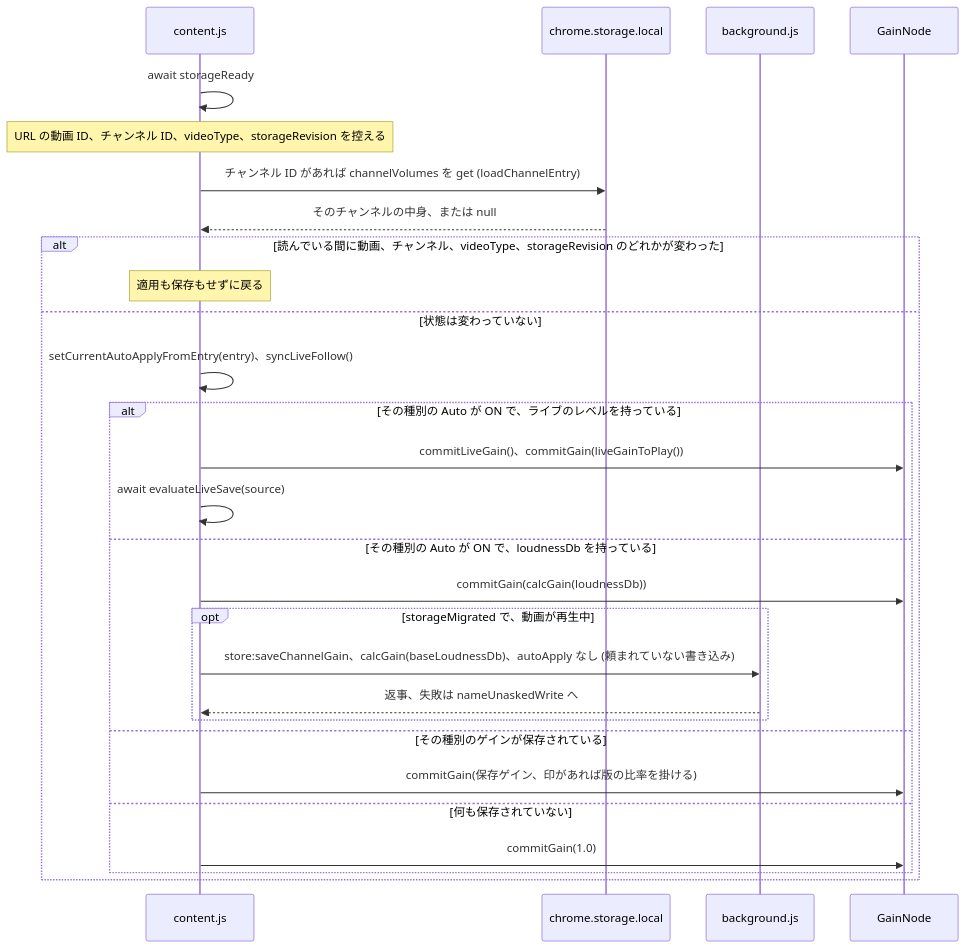
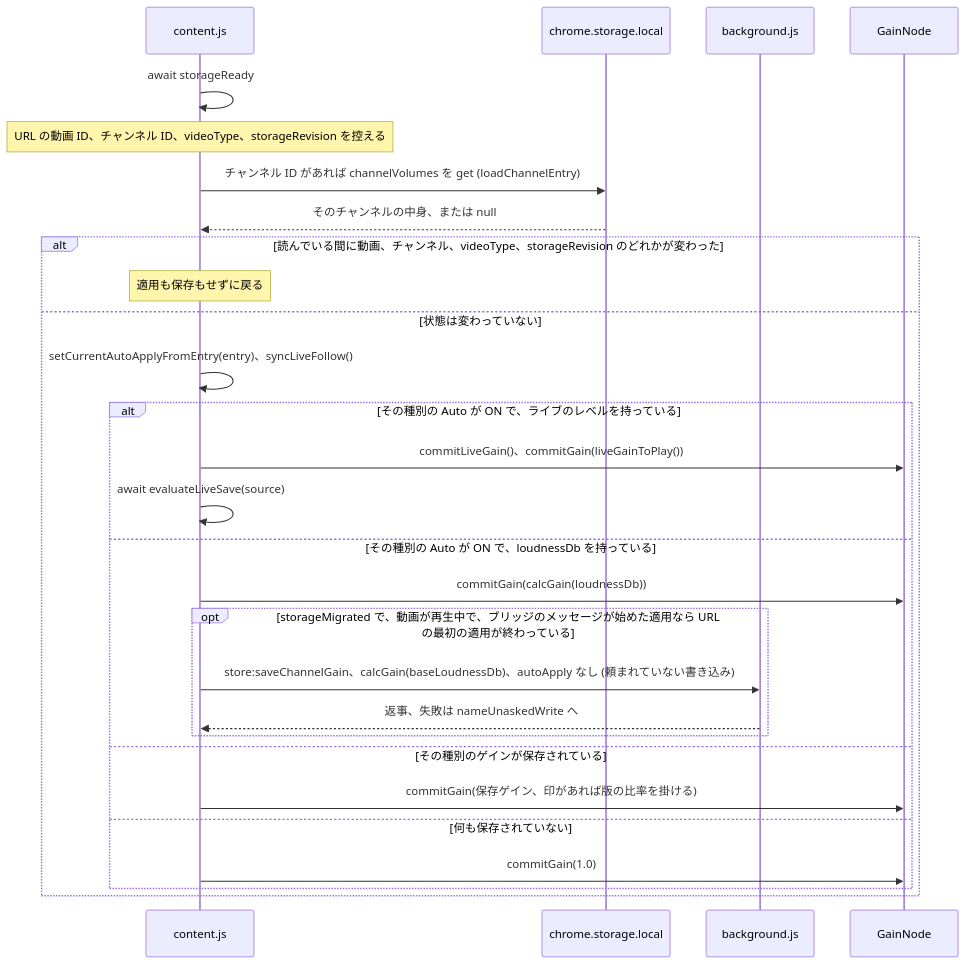
Before and after one commit to semnil/yt-channel-volume: the second of 14 diagrams in docs/gain-change-and-save.ja.md, drawn with Mermaid. The commit also changed other lines of this file and 6 other files, not shown here.

````diff
--- a/docs/gain-change-and-save.ja.md
+++ b/docs/gain-change-and-save.ja.md
@@ -120,30 +120,30 @@
 ```mermaid
 sequenceDiagram
   participant C as content.js
   participant S as chrome.storage.local
   participant W as background.js
   participant G as GainNode
   C->>C: await storageReady
   Note over C: URL の動画 ID、チャンネル ID、videoType、storageRevision を控える
   C->>S: チャンネル ID があれば channelVolumes を get (loadChannelEntry)
   S-->>C: そのチャンネルの中身、または null
   alt 読んでいる間に動画、チャンネル、videoType、storageRevision のどれかが変わった
     Note over C: 適用も保存もせずに戻る
   else 状態は変わっていない
     C->>C: setCurrentAutoApplyFromEntry(entry)、syncLiveFollow()
     alt その種別の Auto が ON で、ライブのレベルを持っている
       C->>G: commitLiveGain()、commitGain(liveGainToPlay())
       C->>C: await evaluateLiveSave(source)
     else その種別の Auto が ON で、loudnessDb を持っている
       C->>G: commitGain(calcGain(loudnessDb))
-      opt storageMigrated で、動画が再生中
+      opt storageMigrated で、動画が再生中で、ブリッジのメッセージが始めた適用なら URL の最初の適用が終わっている
         C->>W: store:saveChannelGain、calcGain(baseLoudnessDb)、autoApply なし (頼まれていない書き込み)
         W-->>C: 返事、失敗は nameUnaskedWrite へ
       end
     else その種別のゲインが保存されている
       C->>G: commitGain(保存ゲイン、印があれば版の比率を掛ける)
     else 何も保存されていない
       C->>G: commitGain(1.0)
     end
   end
 ```
````
